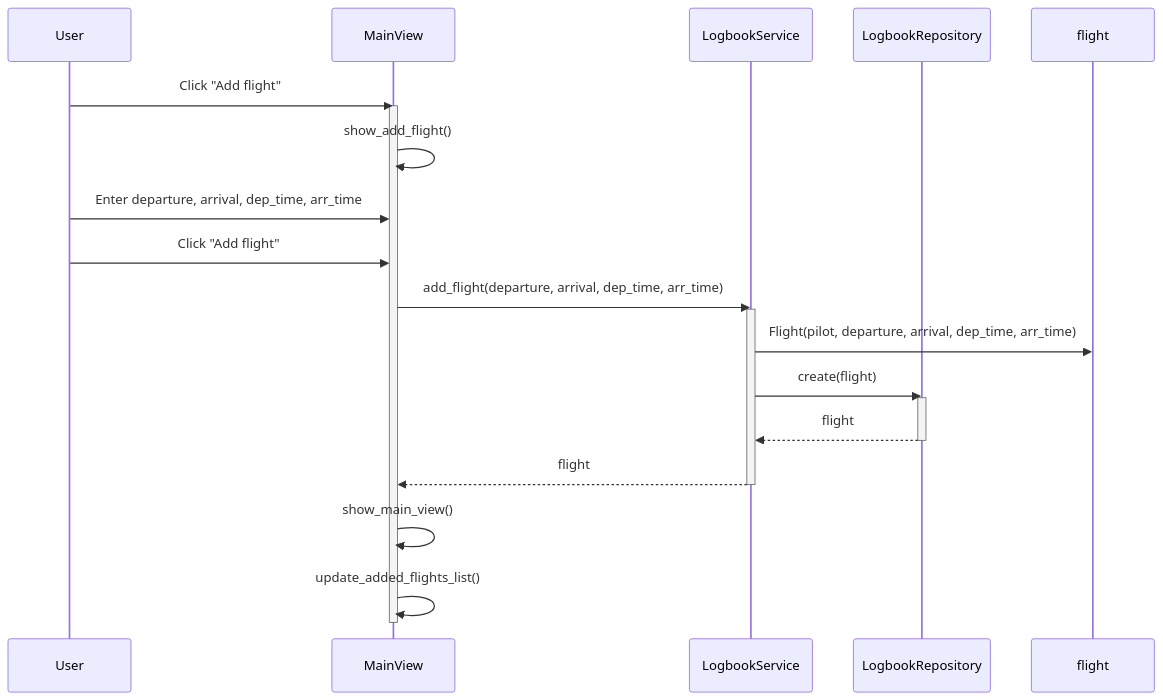
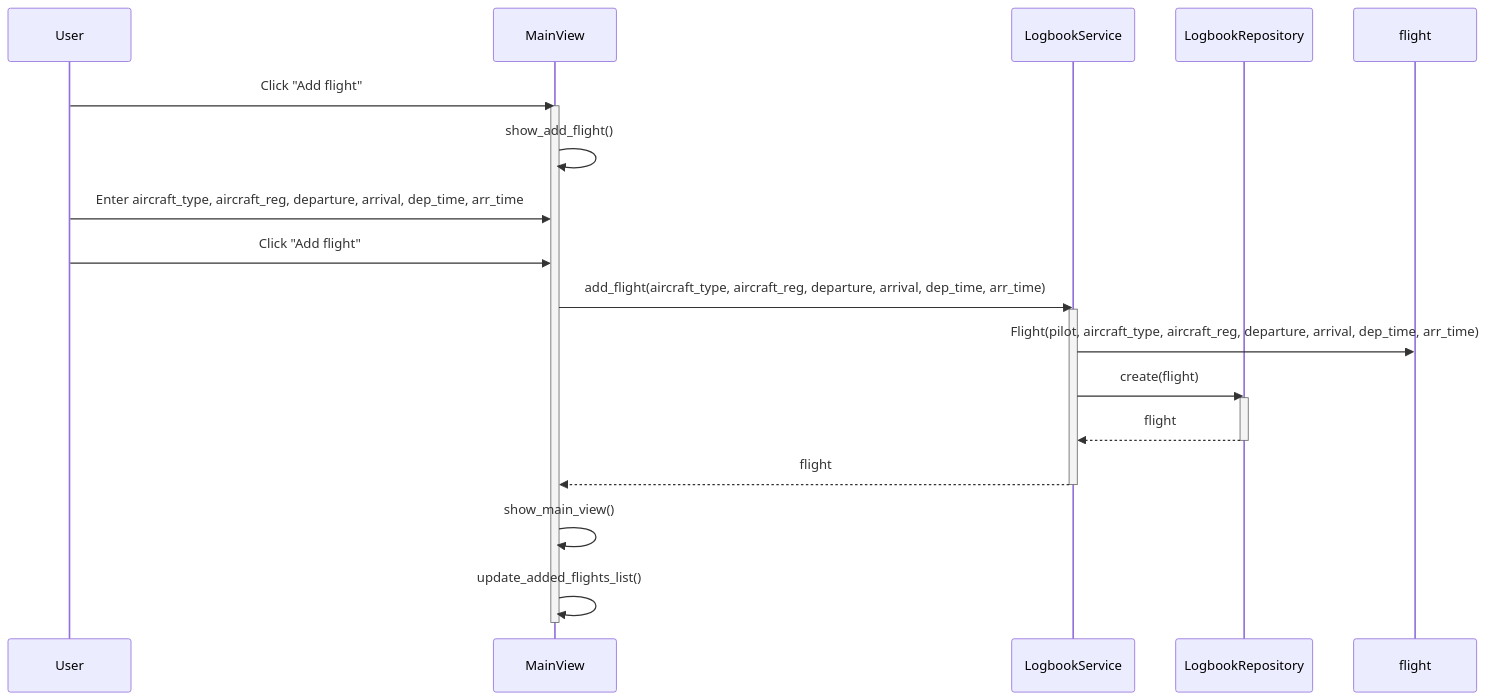
The second of 2 diagrams in dokumentaatio/arkkitehtuuri.md (ilmari21/ot-harjoitustyo), drawn with Mermaid before and after one commit. The commit also changed other lines of this file, not shown here.

````diff
--- a/dokumentaatio/arkkitehtuuri.md
+++ b/dokumentaatio/arkkitehtuuri.md
@@ -39,28 +41,28 @@
 ```mermaid
  sequenceDiagram
     participant User
     participant MainView
     participant LogbookService
     participant LogbookRepository
     participant flight
 
     User->>MainView: Click "Add flight"
     activate MainView
     MainView->>MainView: show_add_flight()
     
-    User->>MainView: Enter departure, arrival, dep_time, arr_time
+    User->>MainView: Enter aircraft_type, aircraft_reg, departure, arrival, dep_time, arr_time
     User->>MainView: Click "Add flight"
-    MainView->>LogbookService: add_flight(departure, arrival, dep_time, arr_time)
+    MainView->>LogbookService: add_flight(aircraft_type, aircraft_reg, departure, arrival, dep_time, arr_time)
     activate LogbookService
-    LogbookService->>flight: Flight(pilot, departure, arrival, dep_time, arr_time)
+    LogbookService->>flight: Flight(pilot, aircraft_type, aircraft_reg, departure, arrival, dep_time, arr_time)
     LogbookService->>LogbookRepository: create(flight)
     activate LogbookRepository
     LogbookRepository-->>LogbookService: flight
     deactivate LogbookRepository
     LogbookService-->>MainView: flight
     deactivate LogbookService
 
     MainView->>MainView: show_main_view()
     MainView->>MainView: update_added_flights_list()
     deactivate MainView
 ```
````
